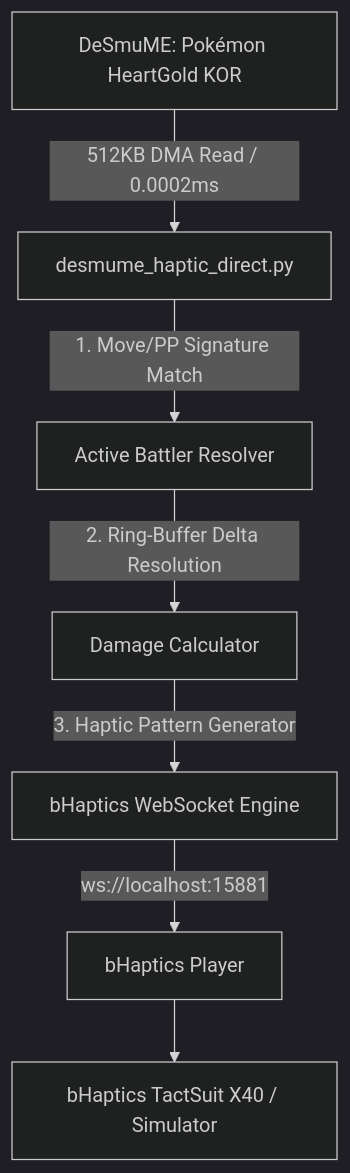
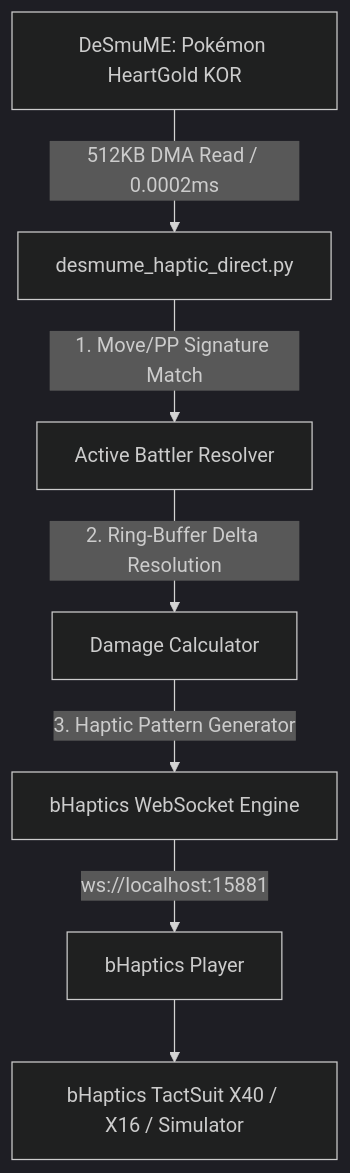
One commit to ManofKimchi08/bhaptics-pokemon-hgss changed the diagram in README.md. Above: the diagram before and after it, drawn with Mermaid (dark theme). The commit also changed other lines of this file, not shown here.

Commit message:
docs: add detailed physical TactSuit setup guide, haptic mapping table, and FAQ

````diff
--- a/README.md
+++ b/README.md
@@ -33,9 +33,9 @@
 ```mermaid
 graph TD
     A[DeSmuME: Pokémon HeartGold KOR] -->|512KB DMA Read / 0.0002ms| B[desmume_haptic_direct.py]
     B -->|1. Move/PP Signature Match| C[Active Battler Resolver]
     C -->|2. Ring-Buffer Delta Resolution| D[Damage Calculator]
     D -->|3. Haptic Pattern Generator| E[bHaptics WebSocket Engine]
     E -->|ws://localhost:15881| F[bHaptics Player]
-    F --> G[bHaptics TactSuit X40 / Simulator]
+    F --> G[bHaptics TactSuit X40 / X16 / Simulator]
 ```
````
